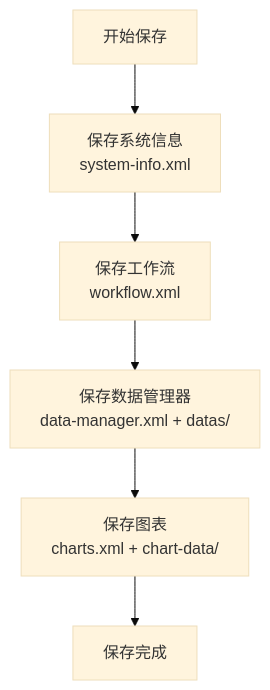
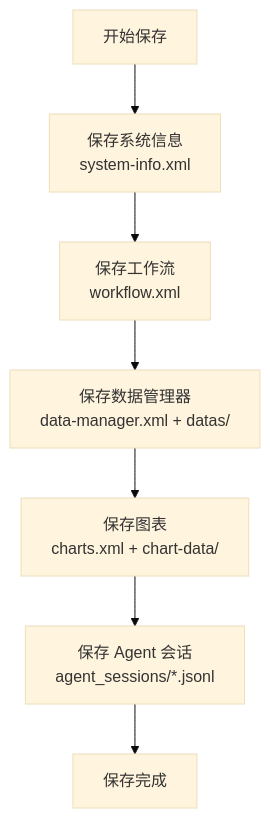
Before and after one commit to czyt1988/data-workbench: the first of 3 diagrams in docs/zh/dev-guide/project-file-structure.md, drawn with Mermaid (base theme). The commit also changed other lines of this file and 69 other files, not shown here.

````diff
--- a/docs/zh/dev-guide/project-file-structure.md
+++ b/docs/zh/dev-guide/project-file-structure.md
@@ -55,8 +60,9 @@
 ```mermaid
 flowchart TD
     A["开始保存"] --> B["保存系统信息<br/>system-info.xml"]
     B --> C["保存工作流<br/>workflow.xml"]
     C --> D["保存数据管理器<br/>data-manager.xml + datas/"]
     D --> E["保存图表<br/>charts.xml + chart-data/"]
-    E --> F["保存完成"]
+    E --> F["保存 Agent 会话<br/>agent_sessions/*.jsonl"]
+    F --> G["保存完成"]
 ```
````
